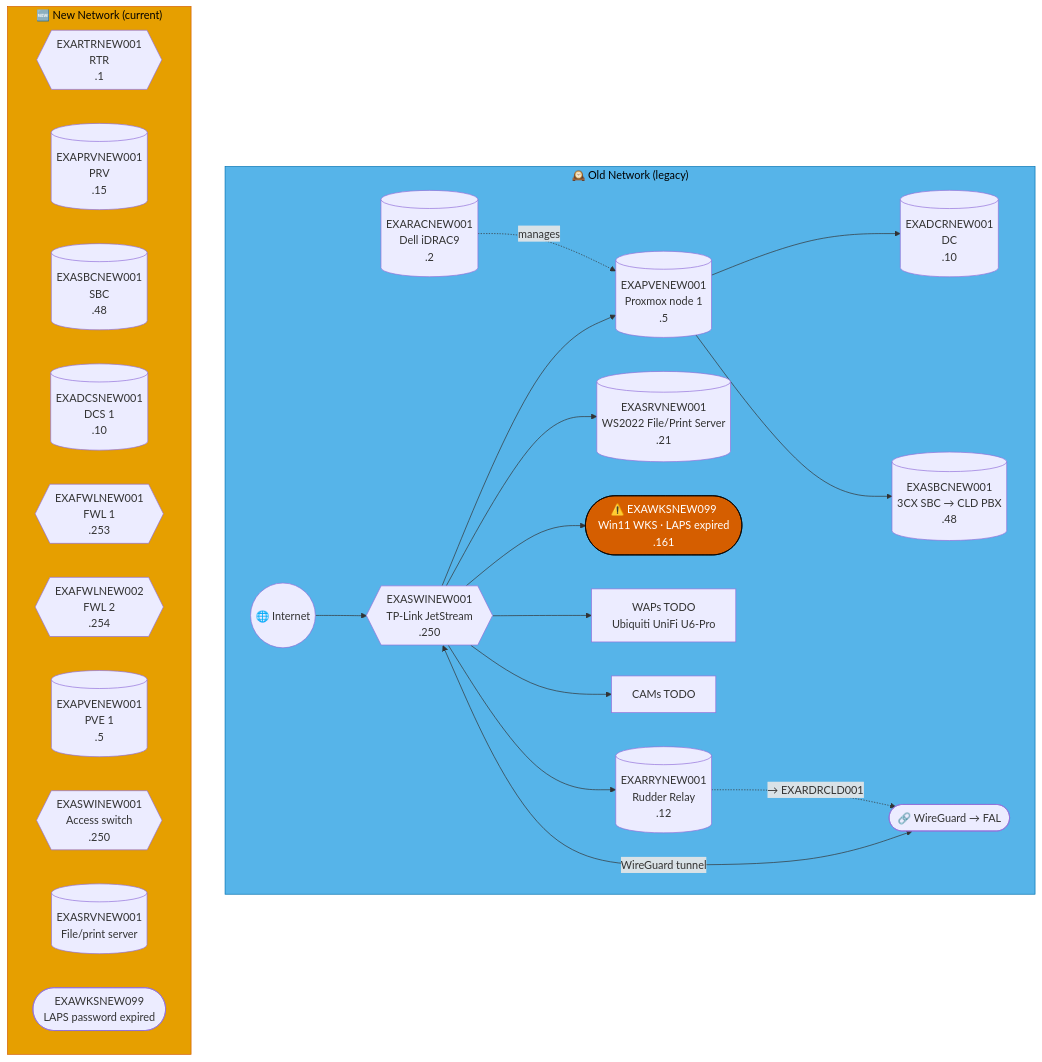
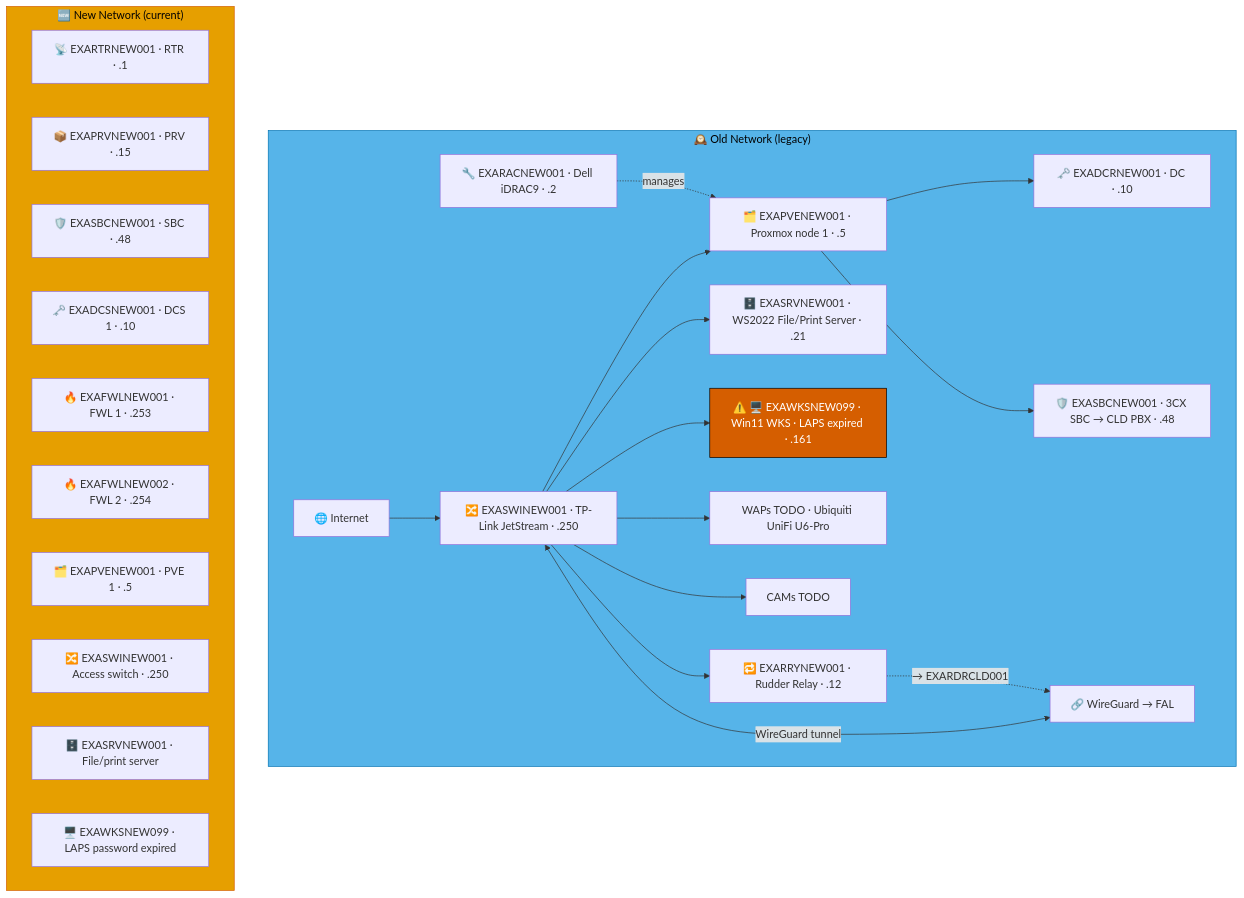
Diagram 13 of 51 in docs/network-diagram.md (knightmare2600/example_music_infra), drawn with Mermaid before and after one commit. The commit also changed other lines of this file and 5 other files, not shown here.

````diff
--- a/docs/network-diagram.md
+++ b/docs/network-diagram.md
@@ -962,44 +963,44 @@
 ```mermaid
 graph TD
     subgraph OLD_NEW ["🕰️ Old Network (legacy)"]
-      INET(("🌐 Internet"))
-      SW{{"EXASWINEW001<br/>TP-Link JetStream<br/>.250"}}
-      RAC[("EXARACNEW001<br/>Dell iDRAC9<br/>.2")]
-      PVE[("EXAPVENEW001<br/>Proxmox node 1<br/>.5")]
-      DC[("EXADCRNEW001<br/>DC<br/>.10")]
-      SBC[("EXASBCNEW001<br/>3CX SBC → CLD PBX<br/>.48")]
-      RRY[("EXARRYNEW001<br/>Rudder Relay<br/>.12")]
-      SRV[("EXASRVNEW001<br/>WS2022 File/Print Server<br/>.21")]
-      WKS(["⚠️ EXAWKSNEW099<br/>Win11 WKS · LAPS expired<br/>.161"])
-      WAP["WAPs TODO<br/>Ubiquiti UniFi U6-Pro"]
+      INET["🌐 Internet"]
+      SW["🔀 EXASWINEW001 · TP-Link JetStream · .250"]
+      RAC["🔧 EXARACNEW001 · Dell iDRAC9 · .2"]
+      PVE["🗂️ EXAPVENEW001 · Proxmox node 1 · .5"]
+      DC["🗝️ EXADCRNEW001 · DC · .10"]
+      SBC["🛡️ EXASBCNEW001 · 3CX SBC → CLD PBX · .48"]
+      RRY["🔁 EXARRYNEW001 · Rudder Relay · .12"]
+      SRV["🗄️ EXASRVNEW001 · WS2022 File/Print Server · .21"]
+      WKS["⚠️ 🖥️ EXAWKSNEW099 · Win11 WKS · LAPS expired · .161"]
+      WAP["WAPs TODO · Ubiquiti UniFi U6-Pro"]
       CAM["CAMs TODO"]
-      VPN(["🔗 WireGuard → FAL"])
+      VPN["🔗 WireGuard → FAL"]
 
       INET --> SW
       SW --> PVE --> DC & SBC
       RAC -.->|"manages"| PVE
       SW --> SRV & WKS & WAP & CAM
       SW <-->|"WireGuard tunnel"| VPN
 
       SW --> RRY
       RRY -. "→ EXARDRCLD001" .-> VPN
     end
     style OLD_NEW fill:#56B4E9,stroke:#0072B2,color:#000000
     %% GENERATED:NEW-NETWORK:NEW:START
     subgraph NEW_NEW ["🆕 New Network (current)"]
-      N_RTR{{"EXARTRNEW001<br/>RTR<br/>.1"}}
-      N_PRV[("EXAPRVNEW001<br/>PRV<br/>.15")]
-      N_SBC[("EXASBCNEW001<br/>SBC<br/>.48")]
-      N_DCS[("EXADCSNEW001<br/>DCS 1<br/>.10")]
-      N_FWL{{"EXAFWLNEW001<br/>FWL 1<br/>.253"}}
-      N_FWL2{{"EXAFWLNEW002<br/>FWL 2<br/>.254"}}
-      N_PVE[("EXAPVENEW001<br/>PVE 1<br/>.5")]
-      N_SWI{{"EXASWINEW001<br/>Access switch<br/>.250"}}
-      N_SRV[("EXASRVNEW001<br/>File/print server")]
-      N_WKS(["EXAWKSNEW099<br/>LAPS password expired"])
+      N_RTR["📡 EXARTRNEW001 · RTR · .1"]
+      N_PRV["📦 EXAPRVNEW001 · PRV · .15"]
+      N_SBC["🛡️ EXASBCNEW001 · SBC · .48"]
+      N_DCS["🗝️ EXADCSNEW001 · DCS 1 · .10"]
+      N_FWL["🔥 EXAFWLNEW001 · FWL 1 · .253"]
+      N_FWL2["🔥 EXAFWLNEW002 · FWL 2 · .254"]
+      N_PVE["🗂️ EXAPVENEW001 · PVE 1 · .5"]
+      N_SWI["🔀 EXASWINEW001 · Access switch · .250"]
+      N_SRV["🗄️ EXASRVNEW001 · File/print server"]
+      N_WKS["🖥️ EXAWKSNEW099 · LAPS password expired"]
     end
     style NEW_NEW fill:#E69F00,stroke:#D55E00,color:#000000
     %% GENERATED:NEW-NETWORK:NEW:END
     classDef warn fill:#D55E00,stroke:#000000,color:#ffffff
     class WKS warn
 ```
````
